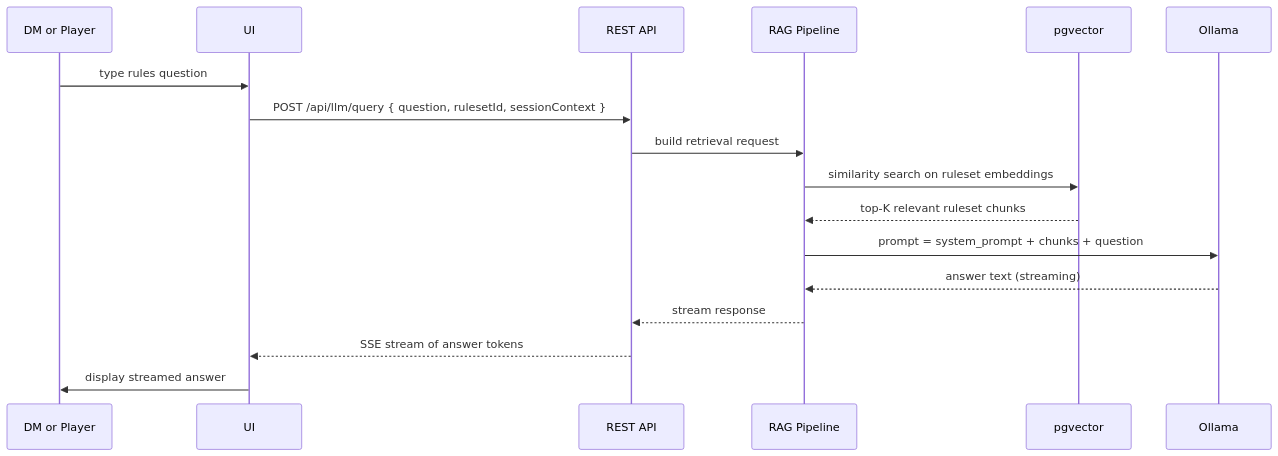
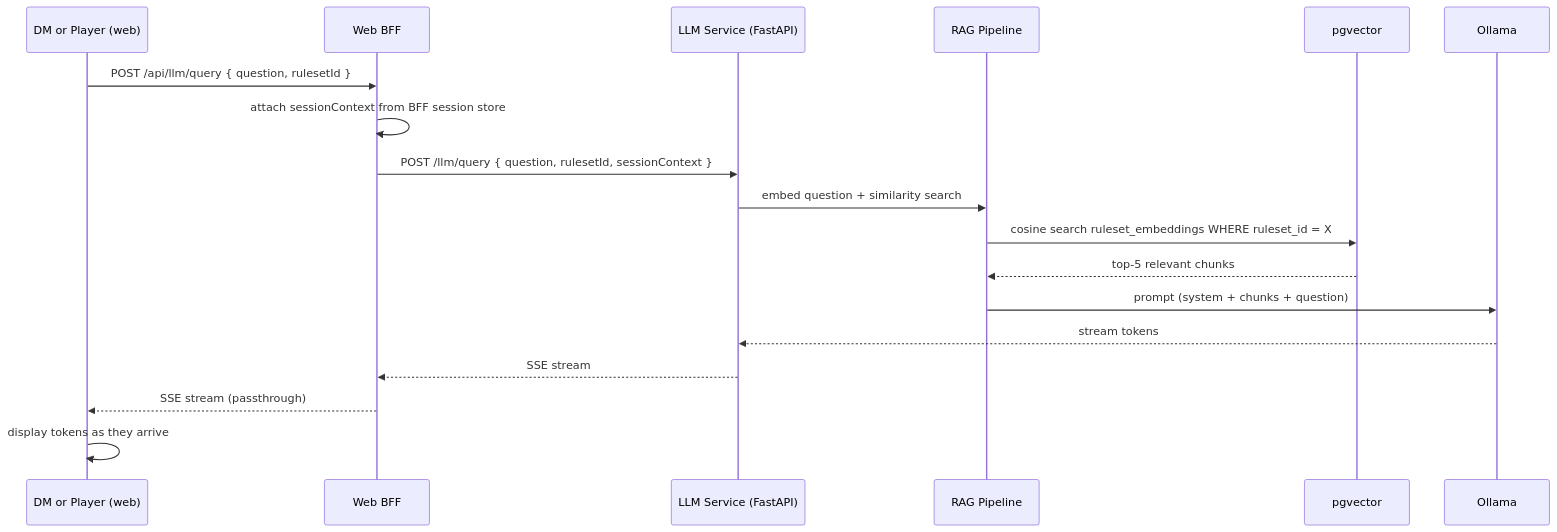
One commit to Dsaposs/CursorWebServiceApplication changed the fourth of 12 diagrams in DESIGN_V2.md. Above: the diagram before and after it, drawn with Mermaid. The commit also changed other lines of this file and 28 other files, not shown here.

First line of the commit message:
Expand architecture & action system docs

````diff
--- a/DESIGN_V2.md
+++ b/DESIGN_V2.md
@@ -152,20 +248,24 @@
 ```mermaid
 sequenceDiagram
-    participant User as DM or Player
-    participant UI
-    participant API as REST API
+    participant User as DM or Player (web)
+    participant BFF as Web BFF
+    participant LLMSvc as LLM Service (FastAPI)
     participant RAG as RAG Pipeline
     participant Vec as pgvector
     participant Ollama
 
-    User->>UI: type rules question
-    UI->>API: POST /api/llm/query { question, rulesetId, sessionContext }
-    API->>RAG: build retrieval request
-    RAG->>Vec: similarity search on ruleset embeddings
-    Vec-->>RAG: top-K relevant ruleset chunks
-    RAG->>Ollama: prompt = system_prompt + chunks + question
-    Ollama-->>RAG: answer text (streaming)
-    RAG-->>API: stream response
-    API-->>UI: SSE stream of answer tokens
-    UI->>User: display streamed answer
+    User->>BFF: POST /api/llm/query { question, rulesetId }
+    BFF->>BFF: attach sessionContext from BFF session store
+    BFF->>LLMSvc: POST /llm/query { question, rulesetId, sessionContext }
+
+    LLMSvc->>RAG: embed question + similarity search
+    RAG->>Vec: cosine search ruleset_embeddings WHERE ruleset_id = X
+    Vec-->>RAG: top-5 relevant chunks
+
+    RAG->>Ollama: prompt (system + chunks + question)
+    Ollama-->>LLMSvc: stream tokens
+
+    LLMSvc-->>BFF: SSE stream
+    BFF-->>User: SSE stream (passthrough)
+    User->>User: display tokens as they arrive
 ```
````
